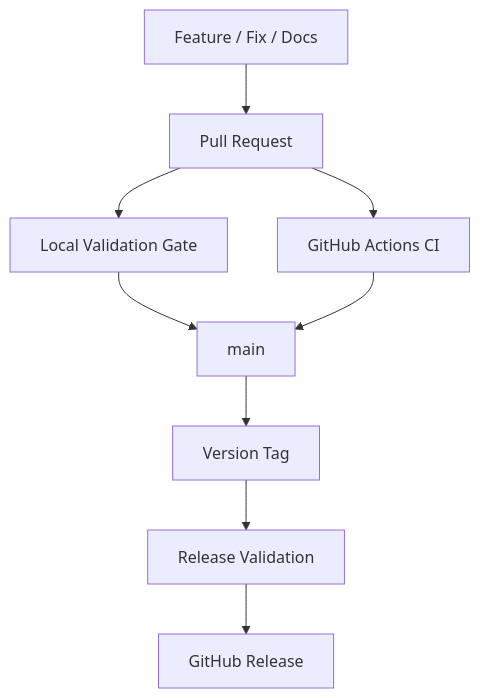
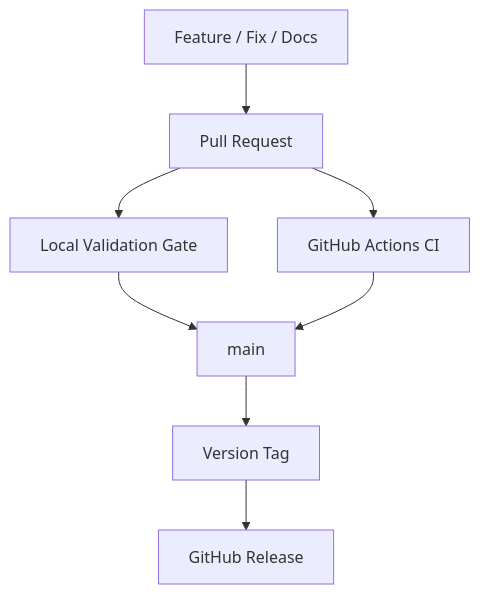
The diagram in README.md (eaglesjo/AIEngineeringStandard), drawn with Mermaid before and after one commit. The commit also changed other lines of this file, not shown here.

Commit message:
docs: align independent repository model

````diff
--- a/README.md
+++ b/README.md
@@ -23,11 +23,10 @@
 ```mermaid
 flowchart TD
     A[Feature / Fix / Docs] --> B[Pull Request]
     B --> C[Local Validation Gate]
     B --> D[GitHub Actions CI]
     C --> E[main]
     D --> E
     E --> F[Version Tag]
-    F --> G[Release Validation]
-    G --> H[GitHub Release]
+    F --> G[GitHub Release]
 ```
````
